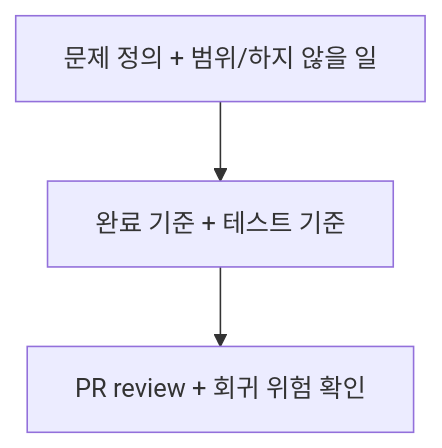
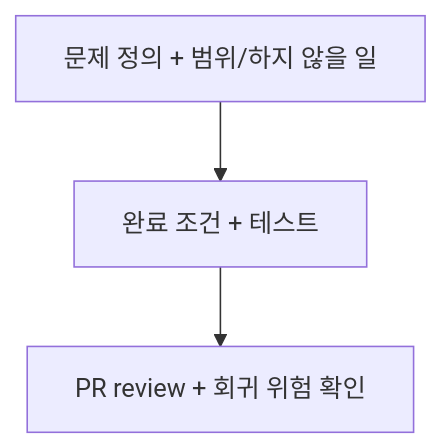
Before and after one commit to zmrdltl/portfolio: the fourth of 4 diagrams in docs/experience/cluml.md, drawn with Mermaid. The commit also changed other lines of this file and 11 other files, not shown here.

````diff
--- a/docs/experience/cluml.md
+++ b/docs/experience/cluml.md
@@ -133,9 +124,9 @@
 ```mermaid
 flowchart TD
   issue["문제 정의 + 범위/하지 않을 일"]
-  criteria["완료 기준 + 테스트 기준"]
+  criteria["완료 조건 + 테스트"]
   review["PR review + 회귀 위험 확인"]
 
   issue --> criteria
   criteria --> review
 ```
````
